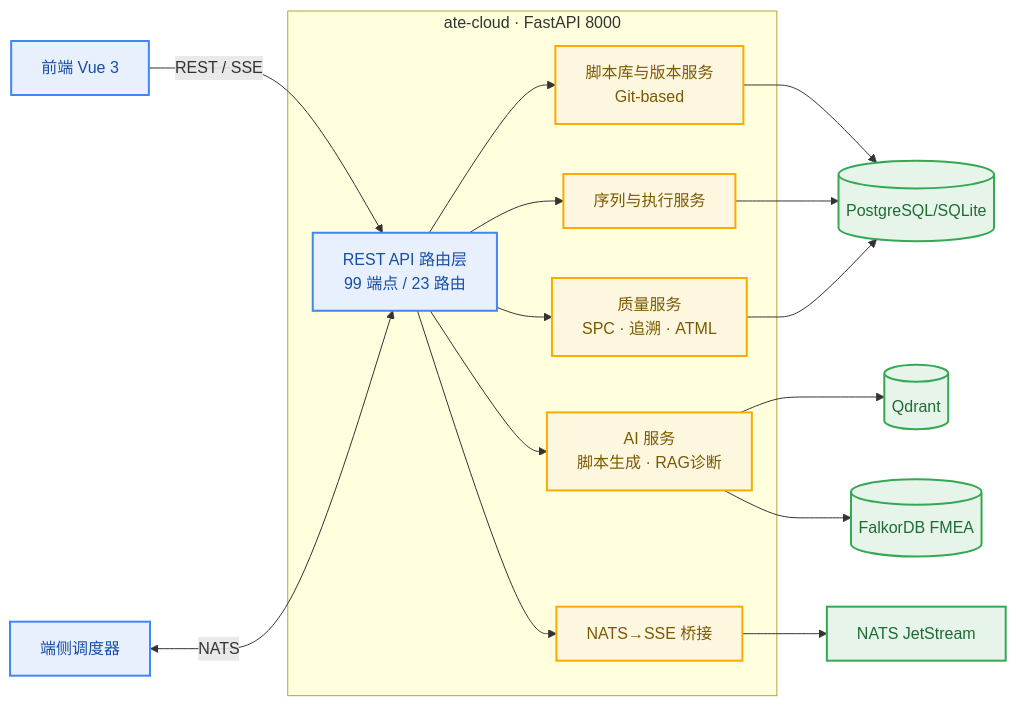
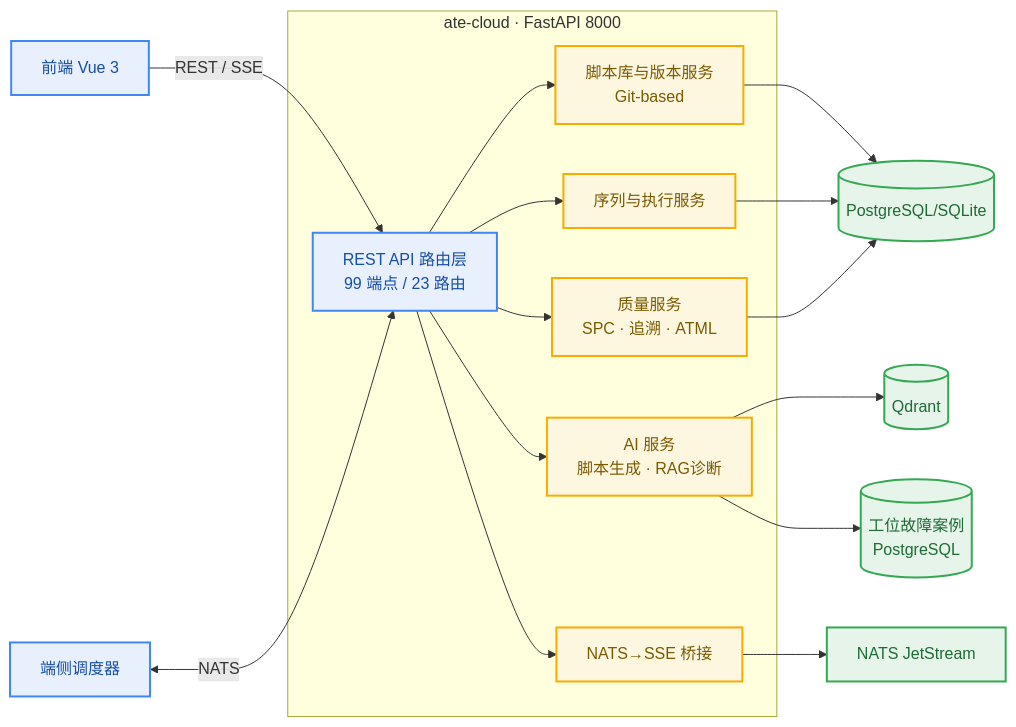
Before and after one commit to chenjun420/ATEStudio: diagram 12 of 14 in docs/ATE Studio系统方案与详细设计文档.md, drawn with Mermaid. The commit also changed other lines of this file and 95 other files, not shown here.

````diff
--- a/docs/ATE Studio系统方案与详细设计文档.md
+++ b/docs/ATE Studio系统方案与详细设计文档.md
@@ -3070,25 +3090,25 @@
 ```mermaid
 flowchart LR
     classDef api fill:#E8F0FE,stroke:#4285F4,stroke-width:2px,color:#174EA6
     classDef svc fill:#FEF7E0,stroke:#F9AB00,stroke-width:2px,color:#7A5900
     classDef store fill:#E6F4EA,stroke:#34A853,stroke-width:2px,color:#1E6B34
 
     FE[前端 Vue 3]:::api
     FE -->|REST / SSE| API
     EDGE[端侧调度器]:::api <-->|NATS| API
 
     subgraph CLOUD[ate-cloud · FastAPI 8000]
         API[REST API 路由层<br/>99 端点 / 23 路由]:::api
         SVC1[脚本库与版本服务<br/>Git-based]:::svc
         SVC2[序列与执行服务]:::svc
         SVC3[AI 服务<br/>脚本生成 · RAG诊断]:::svc
         SVC4[质量服务<br/>SPC · 追溯 · ATML]:::svc
         SSE[NATS→SSE 桥接]:::svc
         API --> SVC1 & SVC2 & SVC3 & SVC4 & SSE
     end
 
     SVC1 & SVC2 & SVC4 --> PG[(PostgreSQL/SQLite)]:::store
     SVC3 --> QD[(Qdrant)]:::store
-    SVC3 --> N4[(FalkorDB FMEA)]:::store
+    SVC3 --> N4[(工位故障案例<br/>PostgreSQL)]:::store
     SSE --> NT[NATS JetStream]:::store
 ```
````
